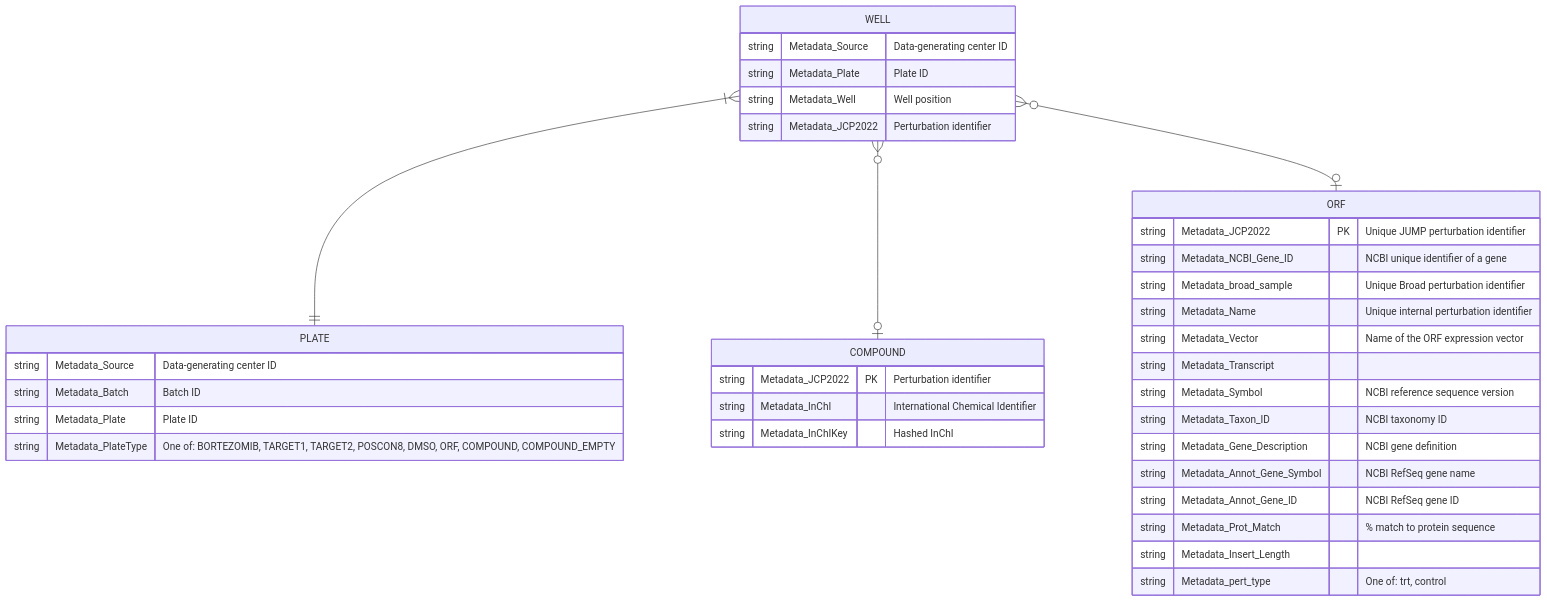
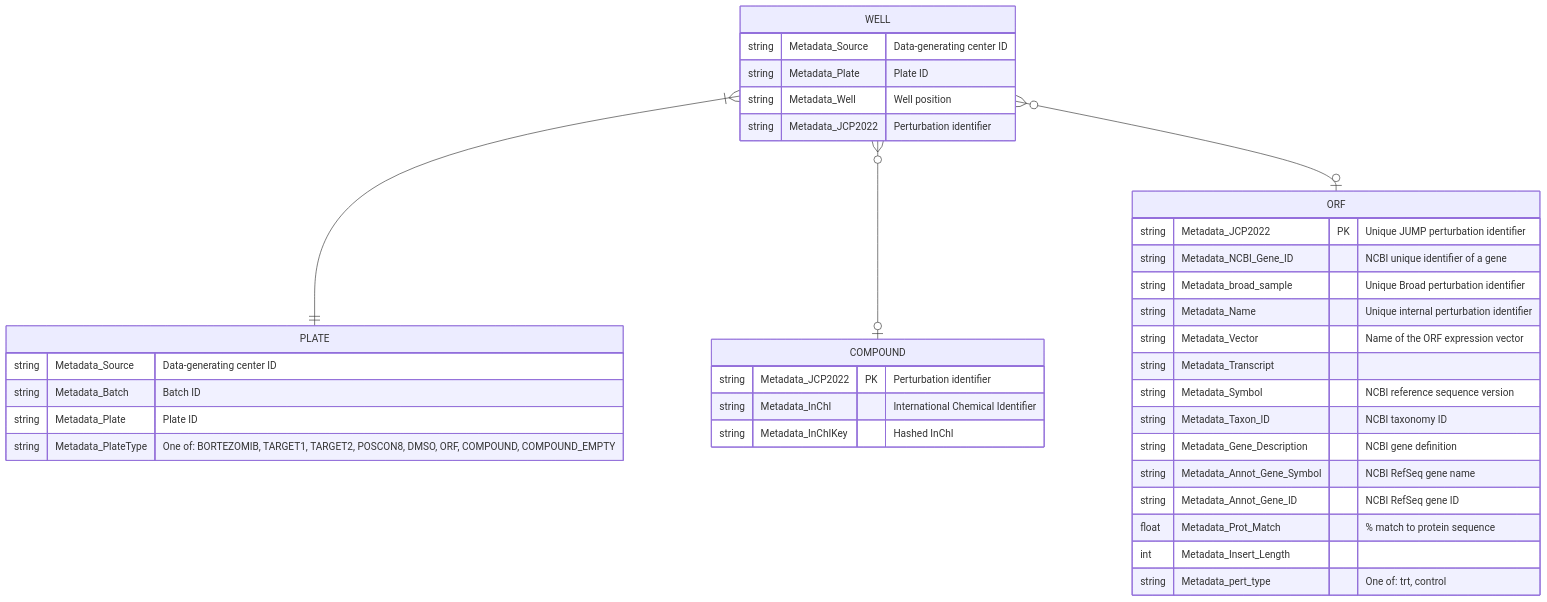
Before and after one commit to jump-cellpainting/datasets: the diagram in metadata/README.md, drawn with Mermaid.

````diff
--- a/metadata/README.md
+++ b/metadata/README.md
@@ -6,39 +6,39 @@
 ```mermaid
 erDiagram
     WELL }|--|| PLATE : ""
     WELL {
         string Metadata_Source "Data-generating center ID"
         string Metadata_Plate "Plate ID"
         string Metadata_Well "Well position"
         string Metadata_JCP2022 "Perturbation identifier"
     }
     PLATE {
         string Metadata_Source "Data-generating center ID"
         string Metadata_Batch "Batch ID"
         string Metadata_Plate "Plate ID"
         string Metadata_PlateType "One of: BORTEZOMIB, TARGET1, TARGET2, POSCON8, DMSO, ORF, COMPOUND, COMPOUND_EMPTY"
     }
     WELL }o--o| COMPOUND : ""
     COMPOUND {
         string Metadata_JCP2022 PK "Perturbation identifier"
         string Metadata_InChI "International Chemical Identifier"
         string Metadata_InChIKey "Hashed InChI"
     }
     WELL }o--o| ORF : ""
     ORF {
         string Metadata_JCP2022 PK "Unique JUMP perturbation identifier"
         string Metadata_NCBI_Gene_ID "NCBI unique identifier of a gene"
         string Metadata_broad_sample "Unique Broad perturbation identifier"
         string Metadata_Name "Unique internal perturbation identifier"
         string Metadata_Vector "Name of the ORF expression vector"
         string Metadata_Transcript ""
         string Metadata_Symbol "NCBI reference sequence version"
         string Metadata_Taxon_ID "NCBI taxonomy ID"
         string Metadata_Gene_Description "NCBI gene definition"
         string Metadata_Annot_Gene_Symbol "NCBI RefSeq gene name"
         string Metadata_Annot_Gene_ID "NCBI RefSeq gene ID"
-        string Metadata_Prot_Match "% match to protein sequence"
-        string Metadata_Insert_Length ""
+        float Metadata_Prot_Match "% match to protein sequence"
+        int Metadata_Insert_Length ""
         string Metadata_pert_type "One of: trt, control"
     }
 ```
````
